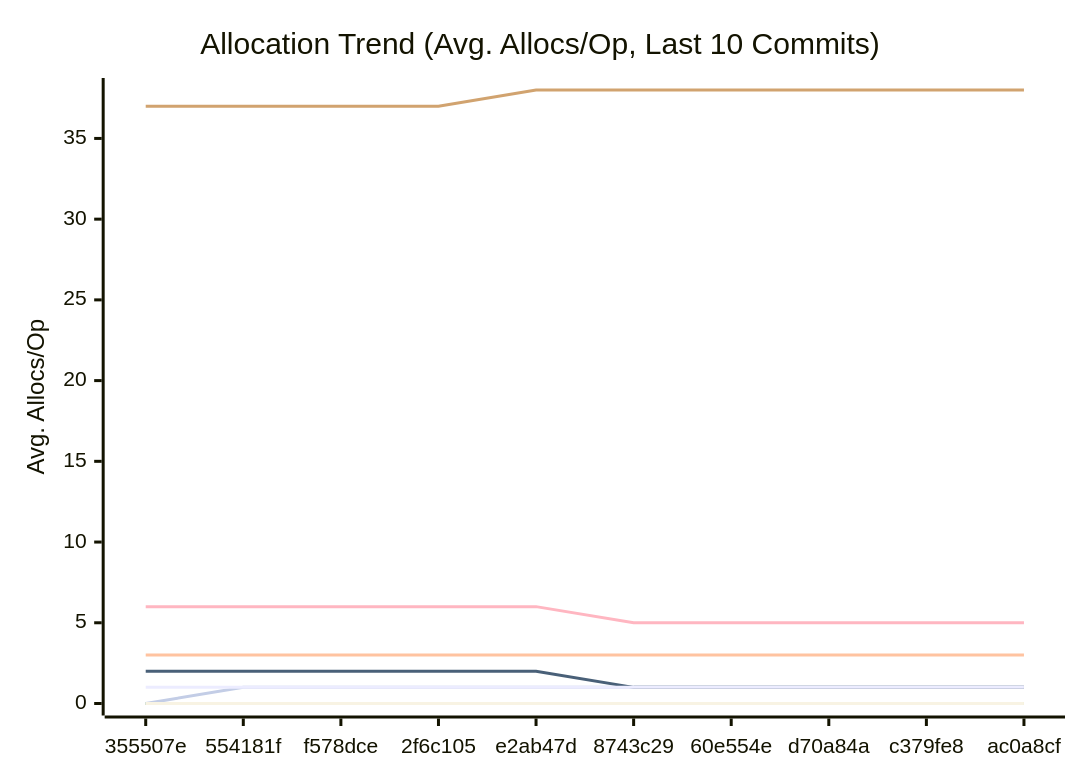
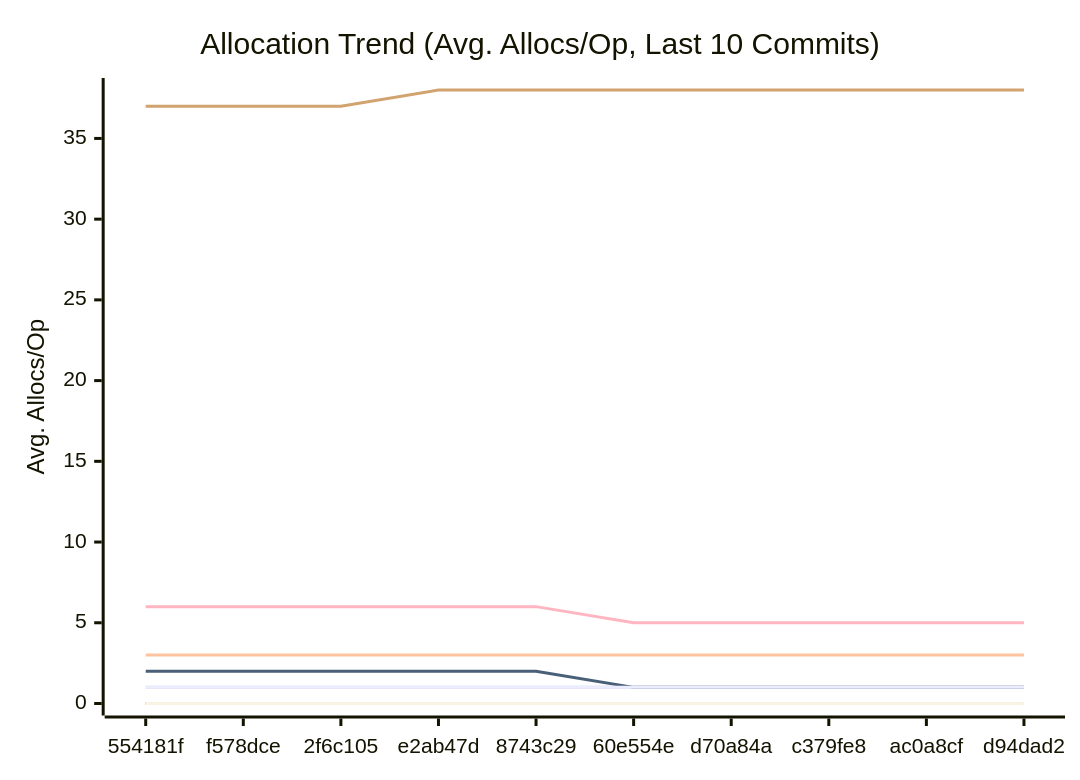
One commit to alsotoes/momo changed the third of 3 diagrams in docs/PERFORMANCE.md. Above: the diagram before and after it, drawn with Mermaid. The commit also changed other lines of this file and 3 other files, not shown here.

````diff
--- a/docs/PERFORMANCE.md
+++ b/docs/PERFORMANCE.md
@@ -176,18 +176,18 @@
 ```mermaid
 xychart-beta
     title "Allocation Trend (Avg. Allocs/Op, Last 10 Commits)"
     x-axis "Commit"
     y-axis "Avg. Allocs/Op"
-    x-axis [355507e,554181f,f578dce,2f6c105,e2ab47d,8743c29,60e554e,d70a84a,c379fe8,ac0a8cf]
+    x-axis [554181f,f578dce,2f6c105,e2ab47d,8743c29,60e554e,d70a84a,c379fe8,ac0a8cf,d94dad2]
     line "CheckMetricsAndSwap" [0,0,0,0,0,0,0,0,0,0]
     line "CrushOptimized" [0,0,0,0,0,0,0,0,0,0]
     line "CrushOriginal" [3,3,3,3,3,3,3,3,3,3]
     line "IndexDirectTracking" [0,0,0,0,0,0,0,0,0,0]
     line "IndexSearch" [0,0,0,0,0,0,0,0,0,0]
-    line "LoadGlobalConfig" [37,37,37,37,38,38,38,38,38,38]
-    line "PadString" [0,1,1,1,1,1,1,1,1,1]
+    line "LoadGlobalConfig" [37,37,37,38,38,38,38,38,38,38]
+    line "PadString" [1,1,1,1,1,1,1,1,1,1]
     line "ParseReplicationOrder_NoPrealloc" [6,6,6,6,6,5,5,5,5,5]
     line "ParseReplicationOrder_Prealloc" [2,2,2,2,2,1,1,1,1,1]
     line "SanitizeLog/Safe" [0,0,0,0,0,0,0,0,0,0]
     line "SanitizeLog/Unsafe" [1,1,1,1,1,1,1,1,1,1]
 ```
````
